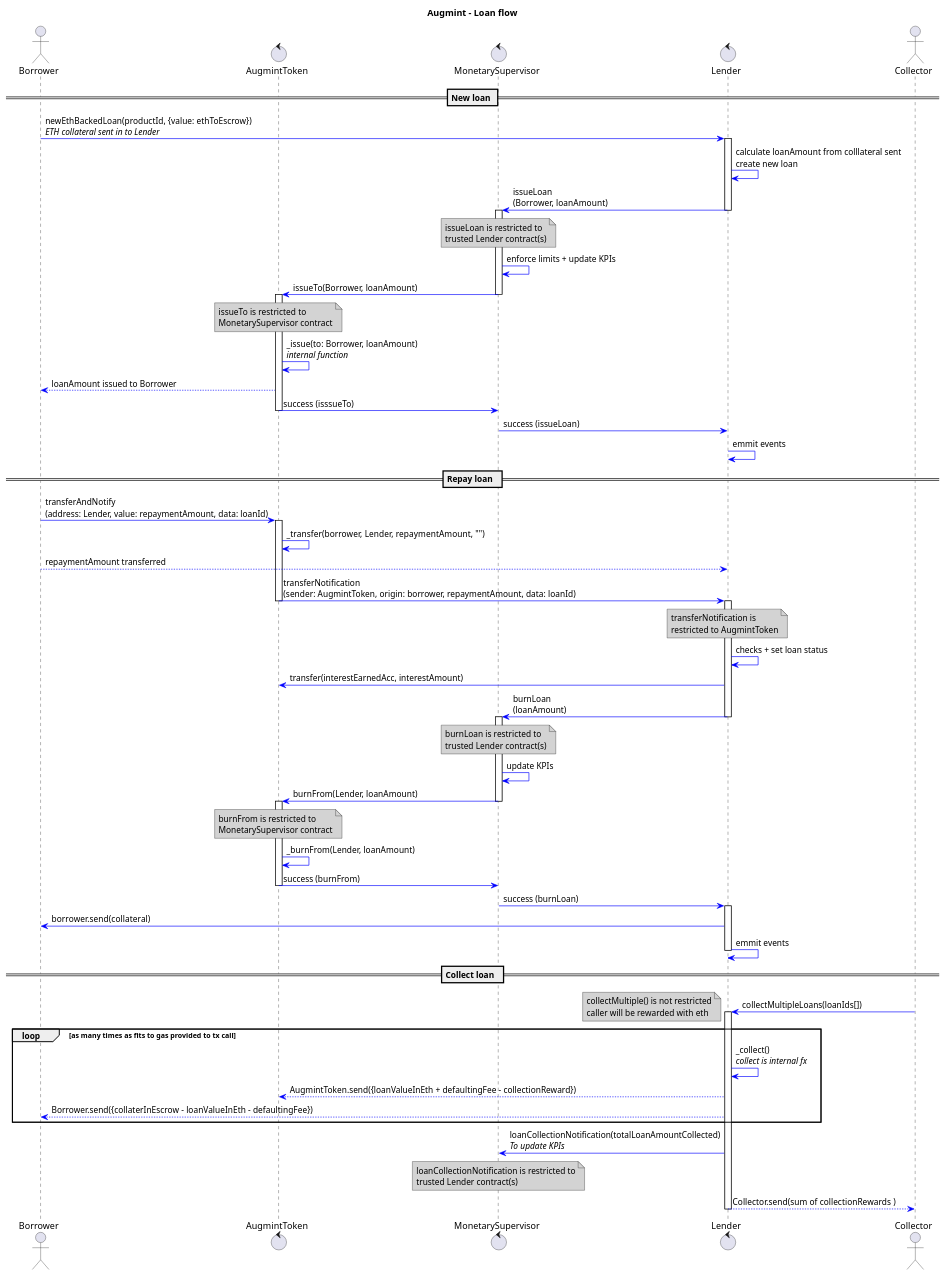
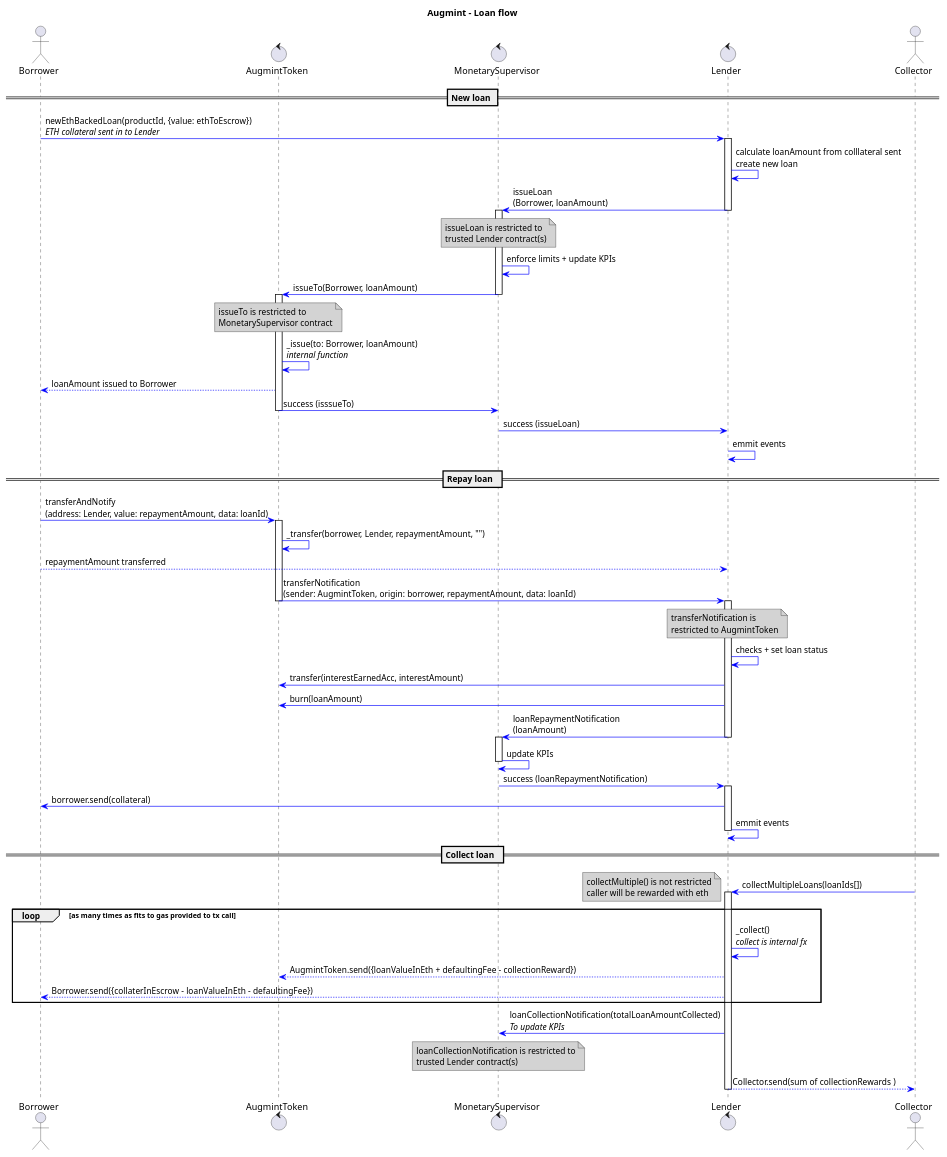
One commit to Augmint/augmint-contracts changed the diagram in docs/loanFlow.plantuml. Above: the diagram before and after it, drawn with PlantUML. The commit also changed 26 other files, not shown here.

Commit message:
added AugmintReserves contract & restrict burn only from own balance

```diff
--- a/docs/loanFlow.plantuml
+++ b/docs/loanFlow.plantuml
@@ -1,108 +1,95 @@
 @startuml
 title **Augmint** - Loan flow
 skinparam ArrowColor #blue
 skinparam noteBackgroundColor #lightgrey
 
 actor Borrower
 control AugmintToken
 control MonetarySupervisor
 control Lender
 actor Collector
 
 == New loan ==
 Borrower -> Lender : newEthBackedLoan(productId, {value: ethToEscrow})\n//ETH collateral sent in to Lender//
 
 activate Lender
     Lender -> Lender : calculate loanAmount from colllateral sent\ncreate new loan
     Lender -> MonetarySupervisor : issueLoan\n(Borrower, loanAmount)
 deactivate Lender
 
 activate MonetarySupervisor
     note over MonetarySupervisor
         issueLoan is restricted to
         trusted Lender contract(s)
     end note
     MonetarySupervisor -> MonetarySupervisor : enforce limits + update KPIs
     MonetarySupervisor -> AugmintToken : issueTo(Borrower, loanAmount)
 deactivate MonetarySupervisor
 
 activate AugmintToken
     note over AugmintToken
         issueTo is restricted to
         MonetarySupervisor contract
     end note
     AugmintToken -> AugmintToken : _issue(to: Borrower, loanAmount)\n//internal function//
     AugmintToken --> Borrower : loanAmount issued to Borrower
     AugmintToken -> MonetarySupervisor : success (isssueTo)
 deactivate AugmintToken
 
 MonetarySupervisor -> Lender : success (issueLoan)
 
 Lender -> Lender : emmit events
 
 == Repay loan  ==
 Borrower -> AugmintToken : transferAndNotify\n(address: Lender, value: repaymentAmount, data: loanId)
 
 activate AugmintToken
     AugmintToken -> AugmintToken : _transfer(borrower, Lender, repaymentAmount, "")
     Borrower --> Lender : repaymentAmount transferred
     AugmintToken -> Lender : transferNotification\n(sender: AugmintToken, origin: borrower, repaymentAmount, data: loanId)
     note over Lender
         transferNotification is
         restricted to AugmintToken
     end note
 deactivate AugmintToken
 
 activate Lender
     Lender -> Lender : checks + set loan status
     Lender -> AugmintToken : transfer(interestEarnedAcc, interestAmount)
-    Lender -> MonetarySupervisor : burnLoan\n(loanAmount)
-    note over MonetarySupervisor
-        burnLoan is restricted to
-        trusted Lender contract(s)
-    end note
+    Lender -> AugmintToken : burn(loanAmount)
+    Lender -> MonetarySupervisor : loanRepaymentNotification\n(loanAmount)
 deactivate Lender
 
 activate MonetarySupervisor
     MonetarySupervisor -> MonetarySupervisor : update KPIs
-    MonetarySupervisor -> AugmintToken : burnFrom(Lender, loanAmount)
-    note over AugmintToken
-        burnFrom is restricted to
-        MonetarySupervisor contract
-    end note
 deactivate MonetarySupervisor
 
-activate AugmintToken
-    AugmintToken -> AugmintToken : _burnFrom(Lender, loanAmount)
-    AugmintToken -> MonetarySupervisor : success (burnFrom)
-deactivate AugmintToken
-
-MonetarySupervisor -> Lender : success (burnLoan)
+MonetarySupervisor -> Lender : success (loanRepaymentNotification)
 
 activate Lender
 Lender -> Borrower : borrower.send(collateral)
 Lender -> Lender : emmit events
 deactivate Lender
 
 == Collect loan  ==
 Collector -> Lender : collectMultipleLoans(loanIds[])
 note left
     collectMultiple() is not restricted
     caller will be rewarded with eth
 end note
 activate Lender
 
 loop as many times as fits to gas provided to tx call
     Lender -> Lender : _collect()\n//collect is internal fx//
     Lender --> AugmintToken : AugmintToken.send({loanValueInEth + defaultingFee - collectionReward})
     Lender --> Borrower : Borrower.send({collaterInEscrow - loanValueInEth - defaultingFee})
 end
 Lender -> MonetarySupervisor : loanCollectionNotification(totalLoanAmountCollected)\n//To update KPIs//
 note over MonetarySupervisor
     loanCollectionNotification is restricted to
     trusted Lender contract(s)
 end note
 Lender --> Collector : Collector.send(sum of collectionRewards )
 
 deactivate Lender
 @enduml
```
